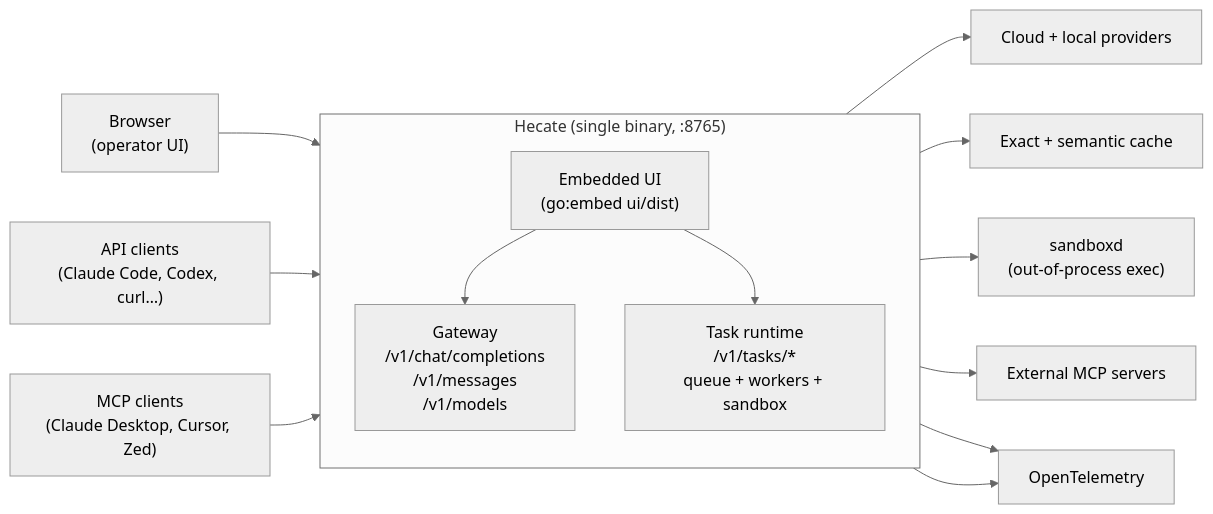
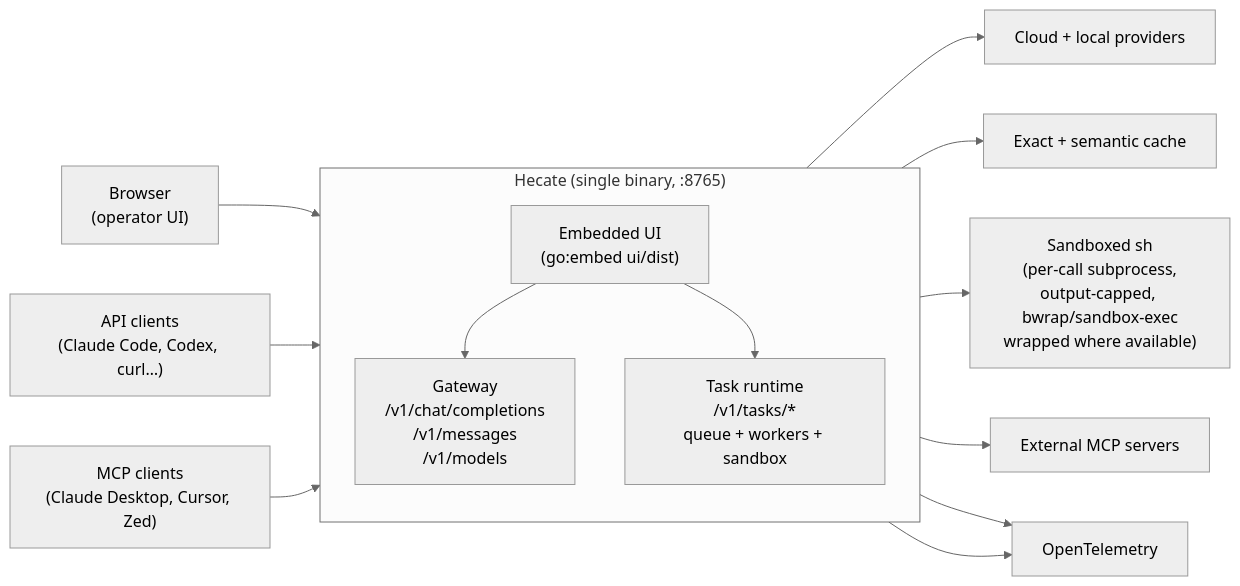
Before and after one commit to hecatehq/hecate: the diagram in README.md, drawn with Mermaid (neutral theme). The commit also changed other lines of this file and 37 other files, not shown here.

````diff
--- a/README.md
+++ b/README.md
@@ -143,26 +143,26 @@
 ```mermaid
 flowchart LR
     Browser["Browser<br/>(operator UI)"]
     APIClients["API clients<br/>(Claude Code, Codex, curl…)"]
     MCPClients["MCP clients<br/>(Claude Desktop, Cursor, Zed)"]
 
     subgraph Hecate["Hecate (single binary, :8765)"]
         direction TB
         Gateway["Gateway<br/>/v1/chat/completions<br/>/v1/messages<br/>/v1/models"]
         Runtime["Task runtime<br/>/v1/tasks/*<br/>queue + workers + sandbox"]
         UI["Embedded UI<br/>(go:embed ui/dist)"]
     end
 
     Browser --> UI
     UI --> Gateway
     UI --> Runtime
     APIClients --> Gateway
     MCPClients --> Gateway
 
     Gateway --> Providers["Cloud + local providers"]
     Gateway --> Cache["Exact + semantic cache"]
-    Runtime --> Sandbox["sandboxd<br/>(out-of-process exec)"]
+    Runtime --> Sandbox["Sandboxed sh<br/>(per-call subprocess,<br/>output-capped, bwrap/sandbox-exec<br/>wrapped where available)"]
     Runtime --> MCP["External MCP servers"]
     Gateway --> OTel["OpenTelemetry"]
     Runtime --> OTel
 ```
````
